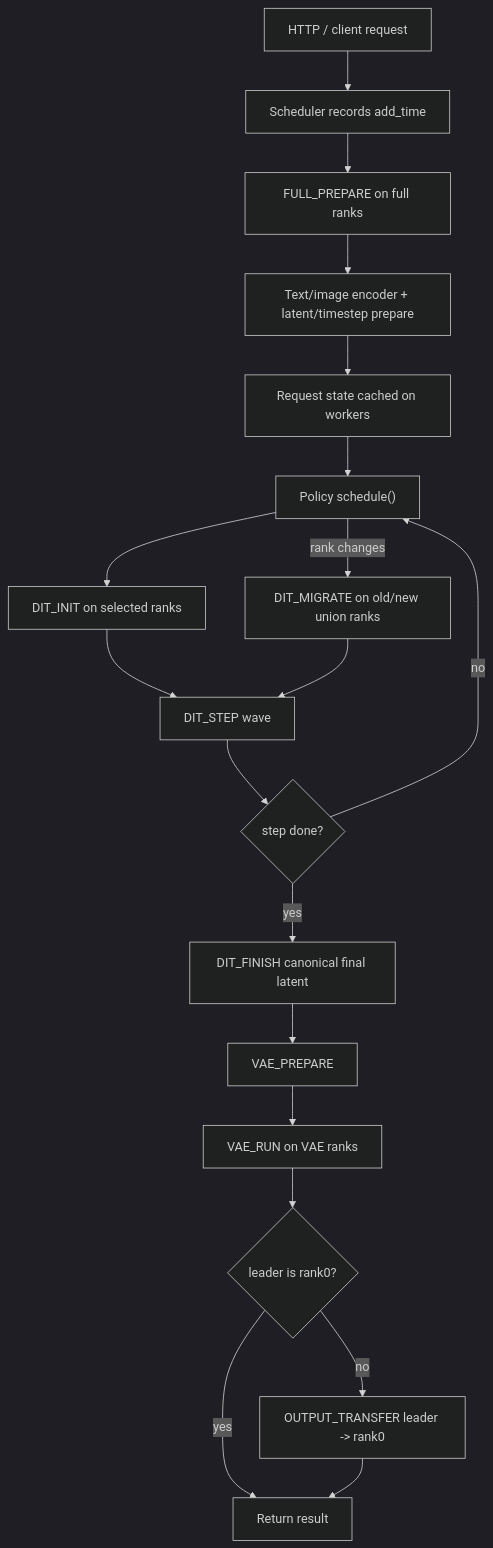
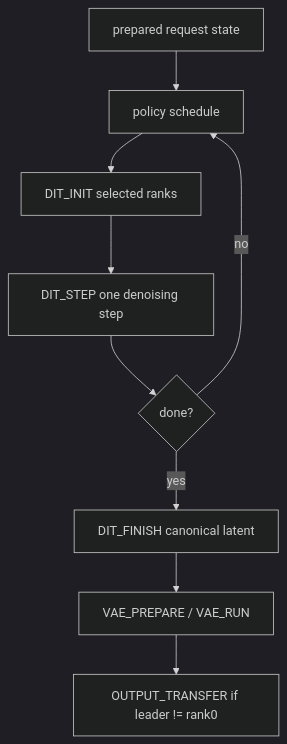
One commit to FredHuang99/sglang changed the fourth of 6 diagrams in docs/ddit/sglang_ddit_cookbook.md. Above: the diagram before and after it, drawn with Mermaid (dark theme). The commit also changed other lines of this file and 21 other files, not shown here.

````diff
--- a/docs/ddit/sglang_ddit_cookbook.md
+++ b/docs/ddit/sglang_ddit_cookbook.md
@@ -7,21 +97,11 @@
 ```mermaid
 flowchart TD
-  A["HTTP / client request"] --> B["Scheduler records add_time"]
-  B --> C["FULL_PREPARE on full ranks"]
-  C --> D["Text/image encoder + latent/timestep prepare"]
-  D --> E["Request state cached on workers"]
-  E --> F["Policy schedule()"]
-  F --> G["DIT_INIT on selected ranks"]
-  G --> H["DIT_STEP wave"]
-  H --> I{"step done?"}
-  I -->|no| F
-  F -->|rank changes| J["DIT_MIGRATE on old/new union ranks"]
-  J --> H
-  I -->|yes| K["DIT_FINISH canonical final latent"]
-  K --> L["VAE_PREPARE"]
-  L --> M["VAE_RUN on VAE ranks"]
-  M --> N{"leader is rank0?"}
-  N -->|yes| O["Return result"]
-  N -->|no| P["OUTPUT_TRANSFER leader -> rank0"]
-  P --> O
+  A["prepared request state"] --> B["policy schedule"]
+  B --> C["DIT_INIT selected ranks"]
+  C --> D["DIT_STEP one denoising step"]
+  D --> E{"done?"}
+  E -- "no" --> B
+  E -- "yes" --> F["DIT_FINISH canonical latent"]
+  F --> G["VAE_PREPARE / VAE_RUN"]
+  G --> H["OUTPUT_TRANSFER if leader != rank0"]
 ```
````
